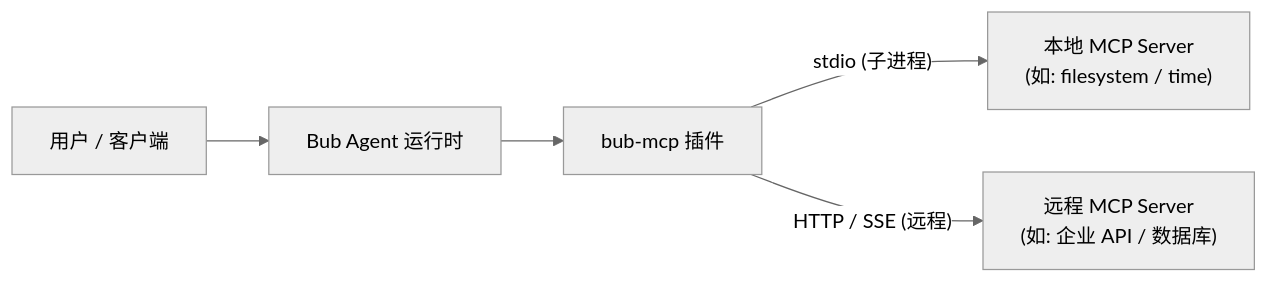
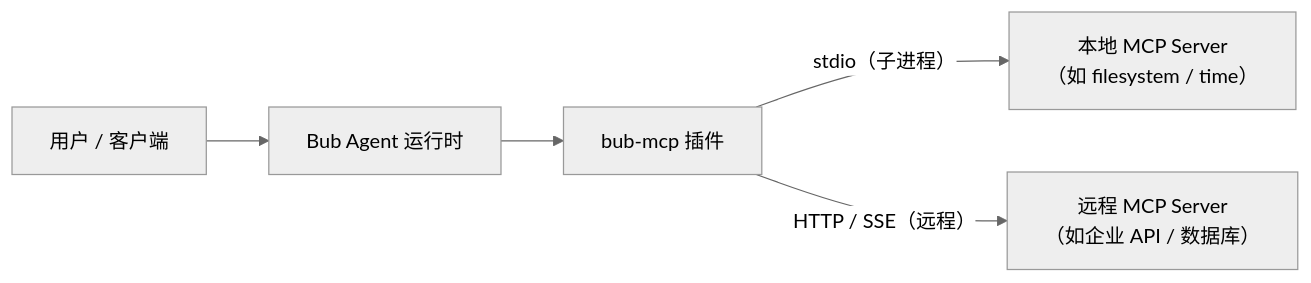
The diagram in website/src/content/docs/zh-cn/docs/integrations/mcp.mdx (bubbuild/bub), drawn with Mermaid (neutral theme) before and after one commit. The commit also changed other lines of this file and 74 other files, not shown here.

````diff
--- a/website/src/content/docs/zh-cn/docs/integrations/mcp.mdx
+++ b/website/src/content/docs/zh-cn/docs/integrations/mcp.mdx
@@ -14,7 +14,7 @@
 ```mermaid
 flowchart LR
     User["用户 / 客户端"] --> Bub["Bub Agent 运行时"]
     Bub --> Plugin["bub-mcp 插件"]
-    Plugin -->|"stdio (子进程)"| LocalServer["本地 MCP Server\n(如: filesystem / time)"]
-    Plugin -->|"HTTP / SSE (远程)"| RemoteServer["远程 MCP Server\n(如: 企业 API / 数据库)"]
+    Plugin -->|"stdio（子进程）"| LocalServer["本地 MCP Server\n（如 filesystem / time）"]
+    Plugin -->|"HTTP / SSE（远程）"| RemoteServer["远程 MCP Server\n（如企业 API / 数据库）"]
 ```
````
